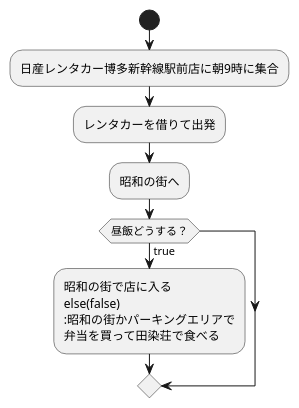
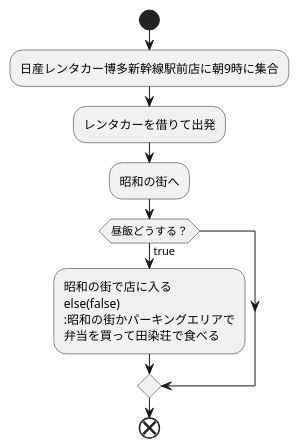
One commit to Aso2001369/2021sys-design changed the diagram in trip.md. Above: the diagram before and after it, drawn with PlantUML.

````diff
--- a/trip.md
+++ b/trip.md
@@ -1,15 +1,17 @@
 ```uml
 @startuml
 start
 
 :日産レンタカー博多新幹線駅前店に朝9時に集合;
 :レンタカーを借りて出発;
 :昭和の街へ;
 if(昼飯どうする？)then(true)
 :昭和の街で店に入る
 else(false)
 :昭和の街かパーキングエリアで
 弁当を買って田染荘で食べる;
 endif
+
+end
 @enduml
 ```
````
